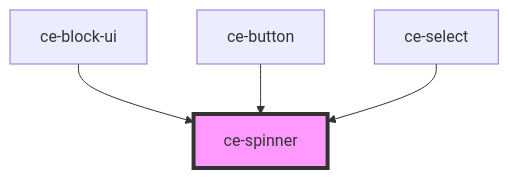
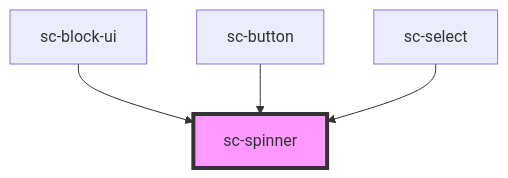
The diagram in packages/components/src/components/ui/spinner/readme.md (surecart/surecart-wp-plugin), drawn with Mermaid before and after one commit. The commit also changed other lines of this file and 1281 other files, not shown here.

````diff
--- a/packages/components/src/components/ui/spinner/readme.md
+++ b/packages/components/src/components/ui/spinner/readme.md
@@ -31,7 +22,7 @@
 ```mermaid
 graph TD;
-  ce-block-ui --> ce-spinner
-  ce-button --> ce-spinner
-  ce-select --> ce-spinner
-  style ce-spinner fill:#f9f,stroke:#333,stroke-width:4px
+  sc-block-ui --> sc-spinner
+  sc-button --> sc-spinner
+  sc-select --> sc-spinner
+  style sc-spinner fill:#f9f,stroke:#333,stroke-width:4px
 ```
````
